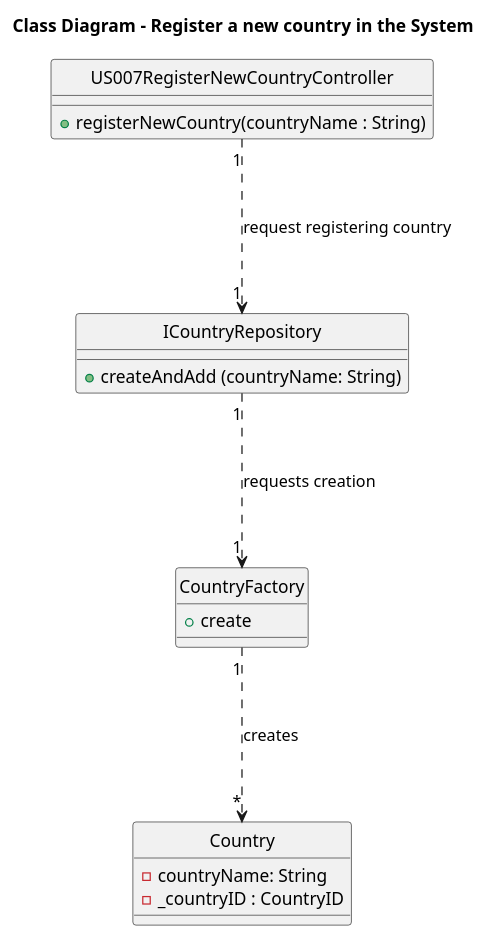
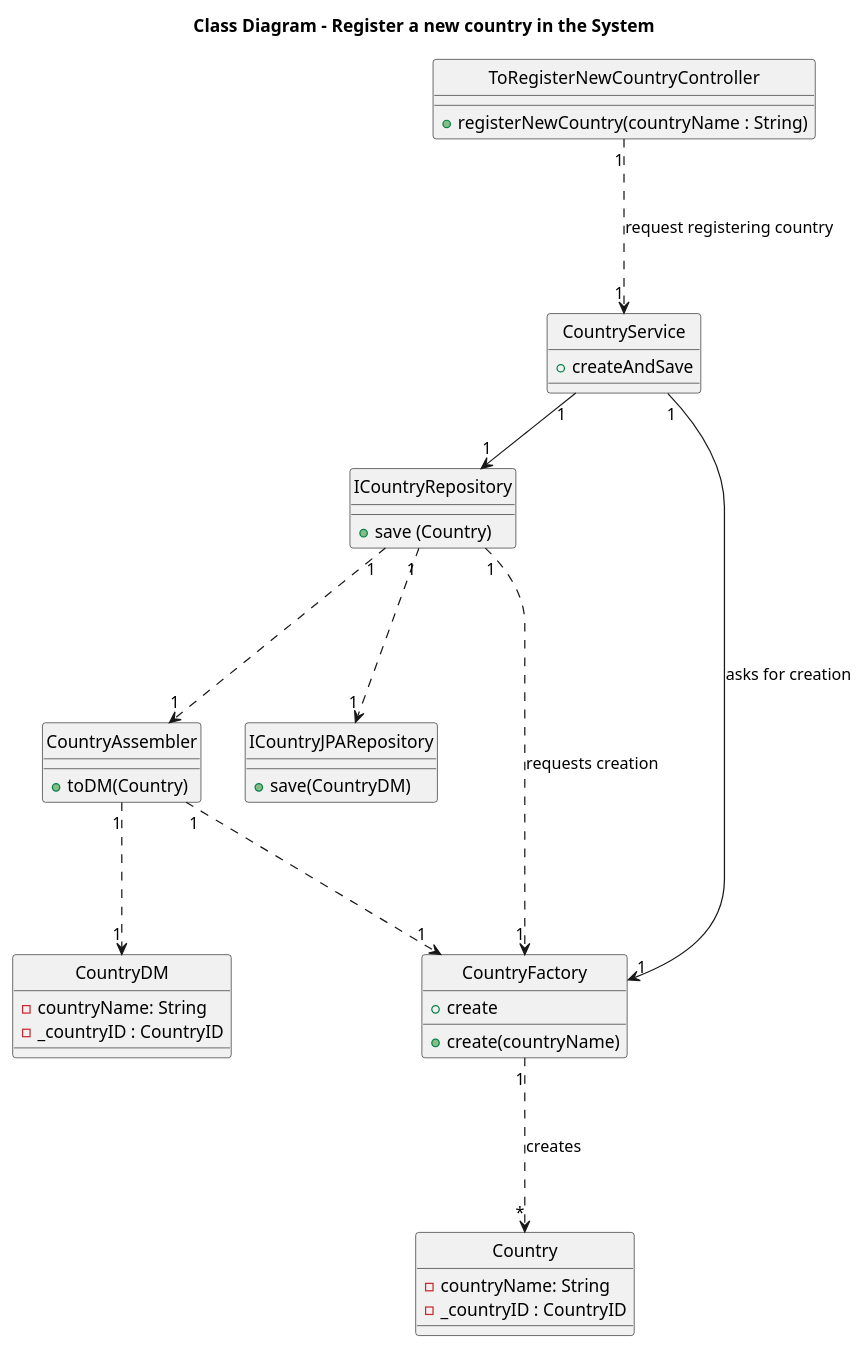
The diagram in Diagrams/ClassDiagrams/To-register-a-new-country-in-the-system.puml (AndrePereiraGitH/SWitCH-Project-Team_A), drawn with PlantUML before and after one commit. The commit also changed 41 other files, not shown here.

```diff
--- a/Diagrams/ClassDiagrams/To-register-a-new-country-in-the-system.puml
+++ b/Diagrams/ClassDiagrams/To-register-a-new-country-in-the-system.puml
@@ -1,35 +1,53 @@
 @startuml
 
 title Class Diagram - Register a new country in the System
 hide circle
 
-/'class User {
--username: String
-  -contact: Contact
-  -profile: Profile
-  +User(username: String, contact: Contact, profile: Profile)
-}
-'/
 
 class ICountryRepository {
-    +createAndAdd (countryName: String)
+    +save (Country)
     }
 
 class CountryFactory {
     +create
+    +create(countryName)
 }
 
-class US007RegisterNewCountryController{
+class ToRegisterNewCountryController{
   + registerNewCountry(countryName : String)
 }
+
+class CountryService {
++createAndSave
+}
+
+class CountryAssembler{
++toDM(Country)
+}
+
+class ICountryJPARepository{
++save(CountryDM)
+}
+
+class CountryDM{
+-countryName: String
+-_countryID : CountryID
+}
+
 
 class Country {
 -countryName: String
 -_countryID : CountryID
 }
 
 ' Interactions
-US007RegisterNewCountryController "1" .--> "1" ICountryRepository : request registering country
 ICountryRepository "1" .--> "1" CountryFactory : requests creation
+ToRegisterNewCountryController "1" .--> "1" CountryService : request registering country
+CountryService "1" --> "1" CountryFactory : asks for creation
+CountryService "1" --> "1" ICountryRepository
+ICountryRepository "1" .--> "1" ICountryJPARepository
+ICountryRepository "1" .--> "1" CountryAssembler
+CountryAssembler "1" .--> "1" CountryDM
+CountryAssembler "1" .--> "1" CountryFactory
 CountryFactory "1" .--> "*" Country : creates
 @enduml
```
